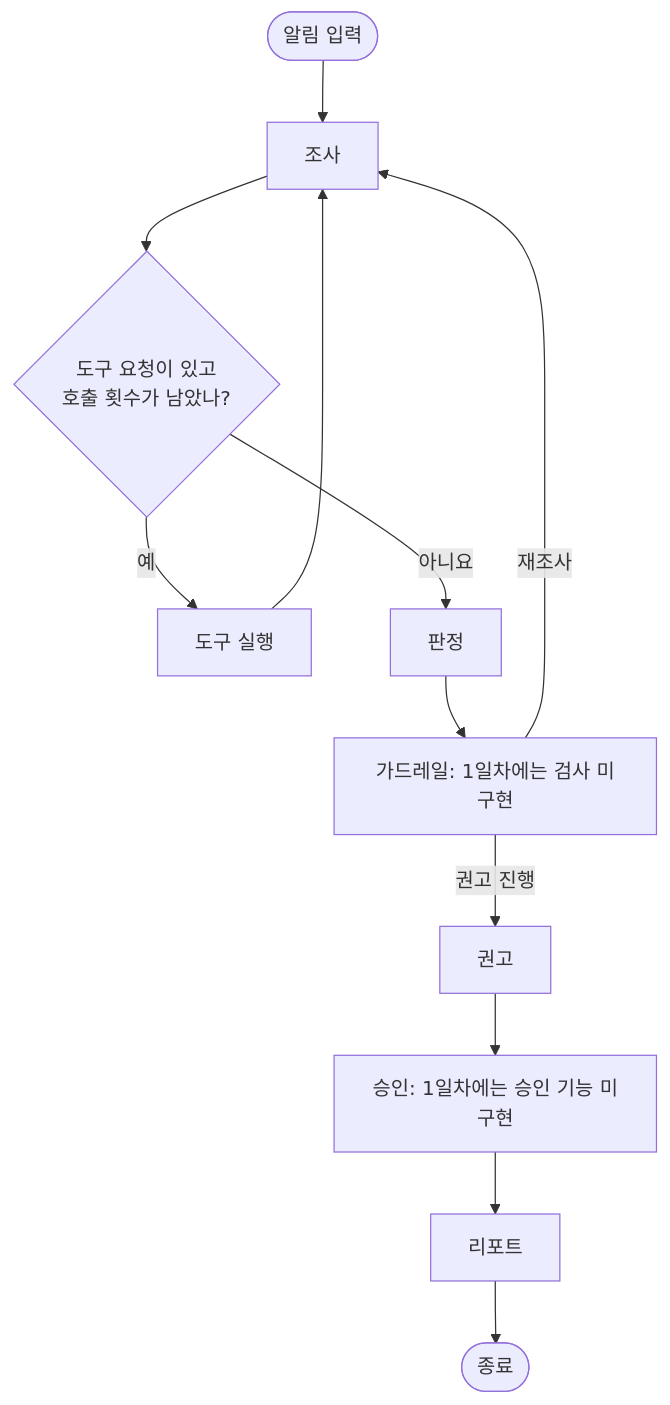
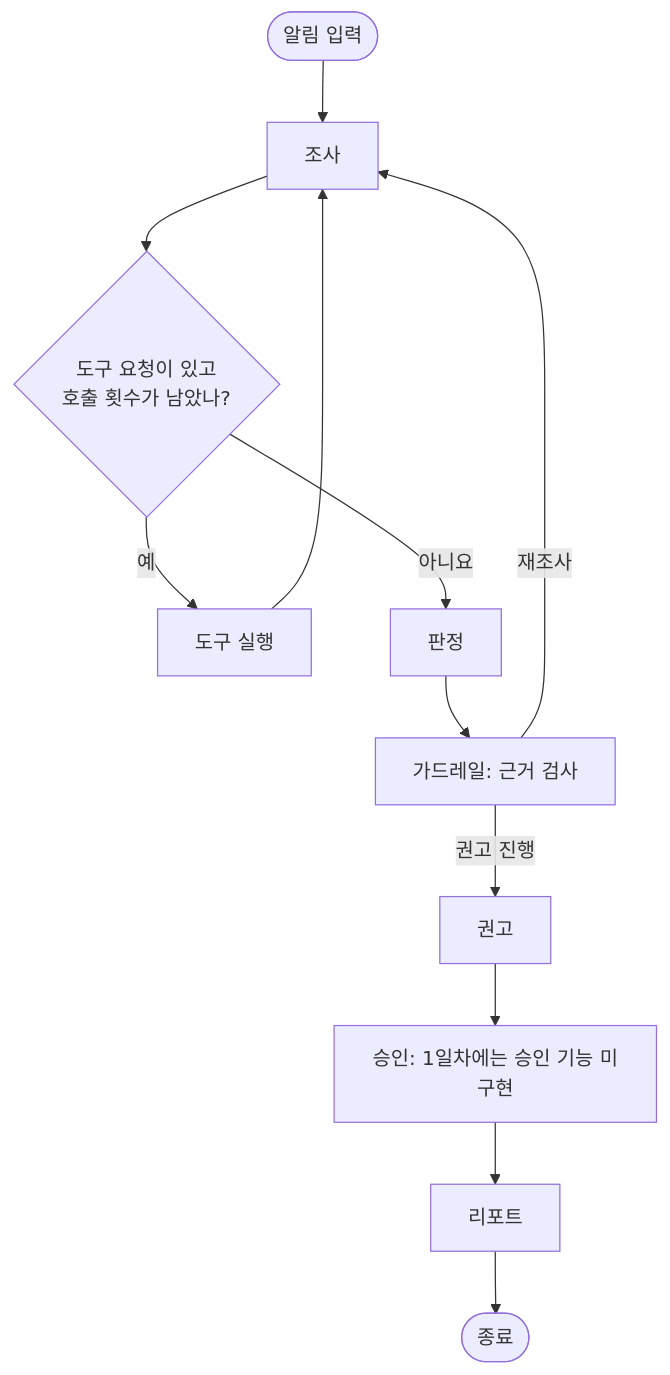
The diagram in docs/ARCHITECTURE.md (Shin-E2/edr-ai-triage-lab), drawn with Mermaid before and after one commit. The commit also changed other lines of this file and 1 other file, not shown here.

Commit message:
docs(agent): 가드레일 구현에 맞춰 그래프 주석과 ARCHITECTURE 갱신

````diff
--- a/docs/ARCHITECTURE.md
+++ b/docs/ARCHITECTURE.md
@@ -9,14 +9,14 @@
 ```mermaid
 flowchart TD
     Start([알림 입력]) --> Investigate[조사]
     Investigate --> More{도구 요청이 있고<br/>호출 횟수가 남았나?}
     More -- 예 --> Tools[도구 실행]
     Tools --> Investigate
     More -- 아니요 --> Judge[판정]
-    Judge --> Guardrail[가드레일: 1일차에는 검사 미구현]
+    Judge --> Guardrail[가드레일: 근거 검사]
     Guardrail -- 재조사 --> Investigate
     Guardrail -- 권고 진행 --> Recommend[권고]
     Recommend --> Approval[승인: 1일차에는 승인 기능 미구현]
     Approval --> Report[리포트]
     Report --> End([종료])
 ```
````
